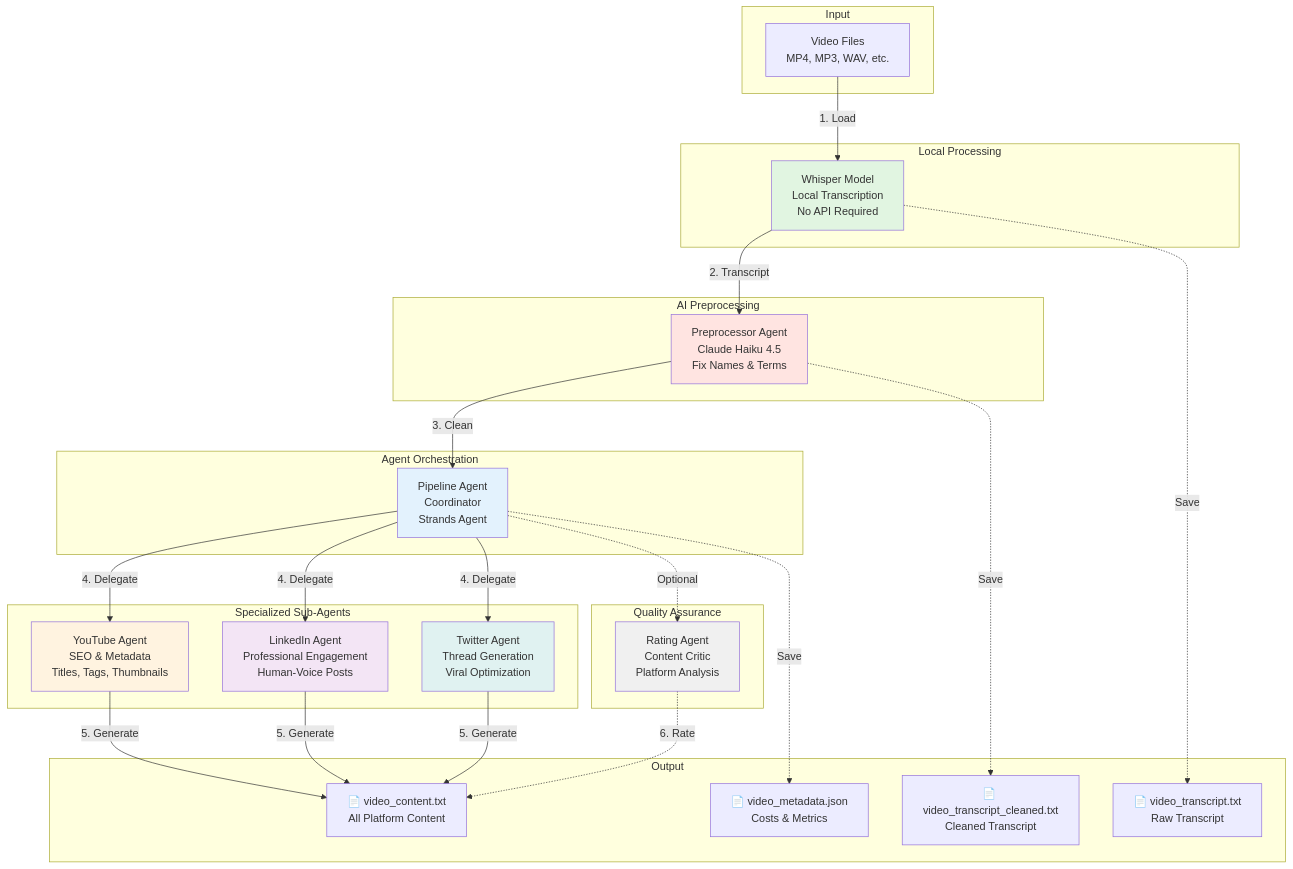
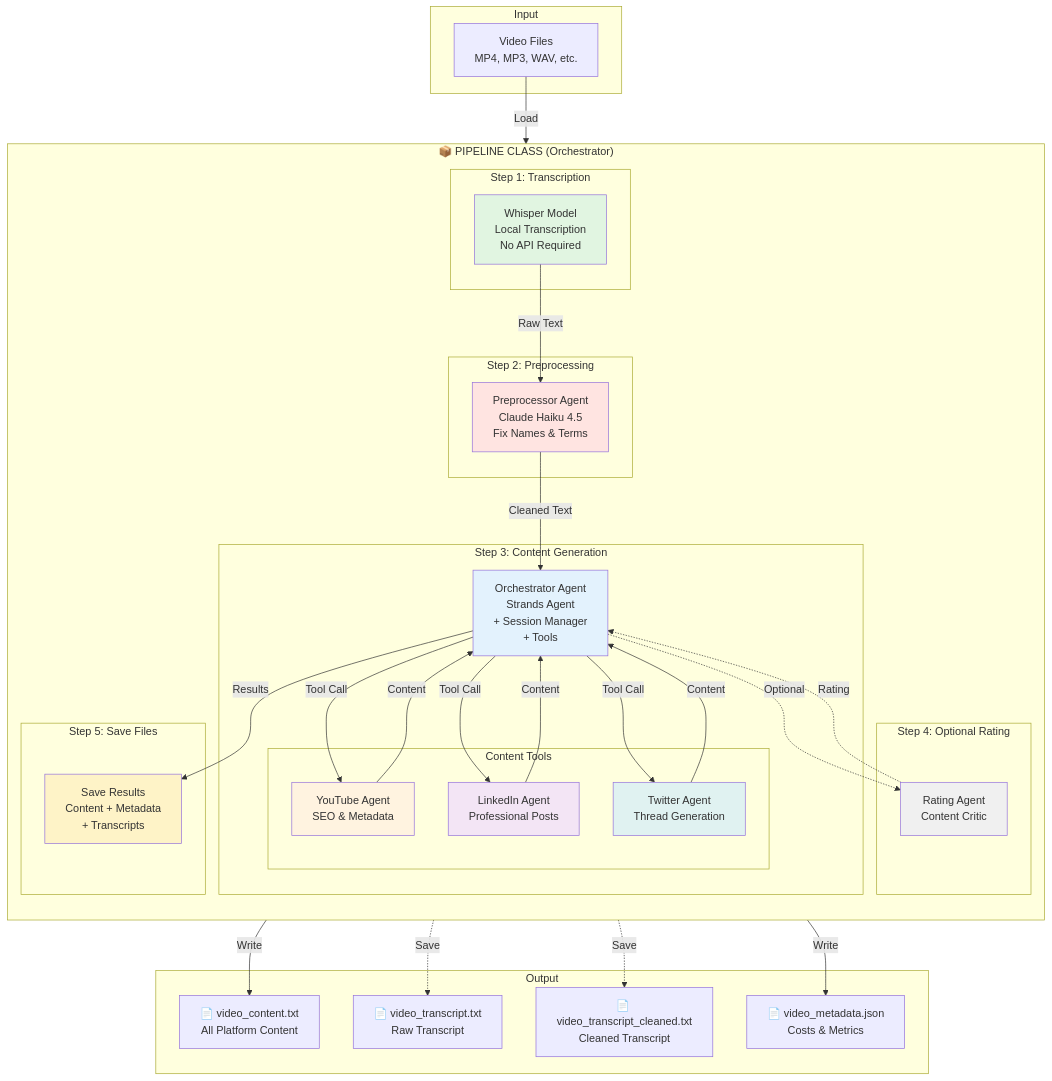
The first of 2 diagrams in README.md (labeveryday/content-copy-pipeline), drawn with Mermaid before and after one commit. The commit also changed other lines of this file, not shown here.

Commit message:
Updated architecture

````diff
--- a/README.md
+++ b/README.md
@@ -13,58 +13,69 @@
 ```mermaid
 graph TB
     subgraph Input
         V[Video Files<br/>MP4, MP3, WAV, etc.]
     end
 
-    subgraph "Local Processing"
-        W[Whisper Model<br/>Local Transcription<br/>No API Required]
-    end
+    subgraph "📦 PIPELINE CLASS (Orchestrator)"
+        direction TB
+        
+        subgraph "Step 1: Transcription"
+            W[Whisper Model<br/>Local Transcription<br/>No API Required]
+        end
 
-    subgraph "AI Preprocessing"
-        P[Preprocessor Agent<br/>Claude Haiku 4.5<br/>Fix Names & Terms]
-    end
+        subgraph "Step 2: Preprocessing"
+            P[Preprocessor Agent<br/>Claude Haiku 4.5<br/>Fix Names & Terms]
+        end
 
-    subgraph "Agent Orchestration"
-        MA[Pipeline Agent<br/>Coordinator<br/>Strands Agent]
-    end
+        subgraph "Step 3: Content Generation"
+            MA[Orchestrator Agent<br/>Strands Agent<br/>+ Session Manager<br/>+ Tools]
+            
+            subgraph "Content Tools"
+                YT[YouTube Agent<br/>SEO & Metadata]
+                LI[LinkedIn Agent<br/>Professional Posts]
+                TW[Twitter Agent<br/>Thread Generation]
+            end
+        end
 
-    subgraph "Specialized Sub-Agents"
-        YT[YouTube Agent<br/>SEO & Metadata<br/>Titles, Tags, Thumbnails]
-        LI[LinkedIn Agent<br/>Professional Engagement<br/>Human-Voice Posts]
-        TW[Twitter Agent<br/>Thread Generation<br/>Viral Optimization]
-    end
+        subgraph "Step 4: Optional Rating"
+            R[Rating Agent<br/>Content Critic]
+        end
 
-    subgraph "Quality Assurance"
-        R[Rating Agent<br/>Content Critic<br/>Platform Analysis]
+        subgraph "Step 5: Save Files"
+            SAVE[Save Results<br/>Content + Metadata<br/>+ Transcripts]
+        end
     end
 
     subgraph Output
         OUT1[📄 video_content.txt<br/>All Platform Content]
         OUT2[📄 video_transcript.txt<br/>Raw Transcript]
         OUT2C[📄 video_transcript_cleaned.txt<br/>Cleaned Transcript]
         OUT3[📄 video_metadata.json<br/>Costs & Metrics]
     end
 
-    V -->|1. Load| W
-    W -->|2. Transcript| P
-    P -->|3. Clean| MA
-    MA -->|4. Delegate| YT
-    MA -->|4. Delegate| LI
-    MA -->|4. Delegate| TW
-    YT -->|5. Generate| OUT1
-    LI -->|5. Generate| OUT1
-    TW -->|5. Generate| OUT1
+    V -->|Load| W
+    W -->|Raw Text| P
+    P -->|Cleaned Text| MA
+    MA -->|Tool Call| YT
+    MA -->|Tool Call| LI
+    MA -->|Tool Call| TW
+    YT -->|Content| MA
+    LI -->|Content| MA
+    TW -->|Content| MA
     MA -.->|Optional| R
-    R -.->|6. Rate| OUT1
+    R -.->|Rating| MA
+    MA -->|Results| SAVE
+    SAVE -->|Write| OUT1
     W -.->|Save| OUT2
     P -.->|Save| OUT2C
-    MA -.->|Save| OUT3
+    SAVE -->|Write| OUT3
 
     style W fill:#e1f5e1
     style P fill:#ffe4e1
     style MA fill:#e3f2fd
     style YT fill:#fff3e0
     style LI fill:#f3e5f5
     style TW fill:#e0f2f1
     style R fill:#f0f0f0
+    style SAVE fill:#fef3c7
 ```
````
